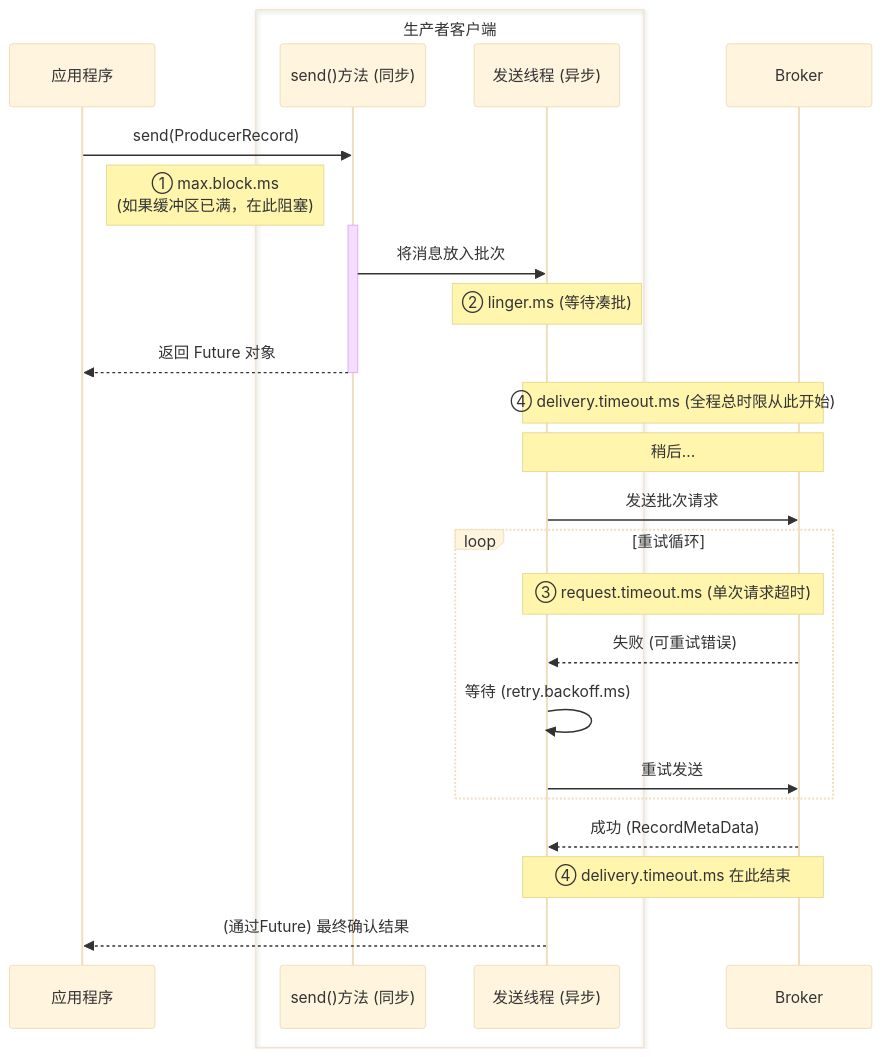
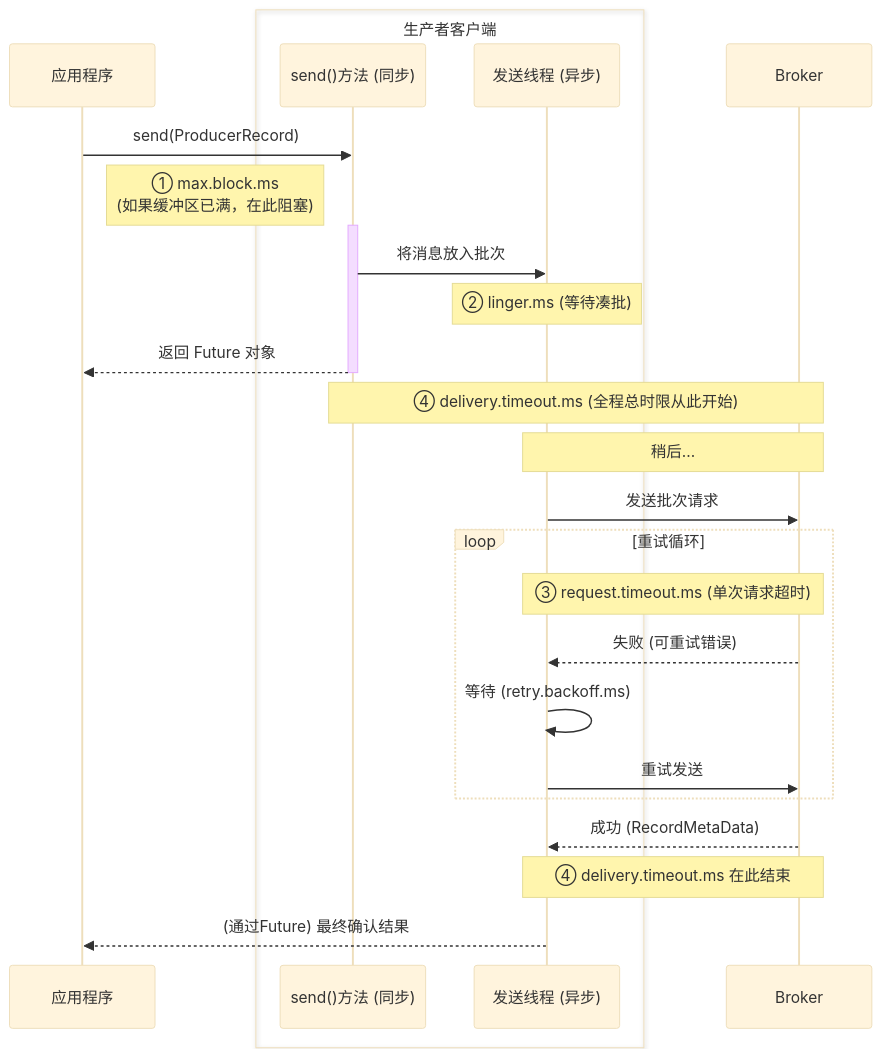
Before and after one commit to YaronCoder/kafka-guide: the diagram in documentation/docs/3.4生产者配置/超时参数配置/Kafka生产者超时配置全解析：一次搞懂五个关键参数.md, drawn with Mermaid (base theme).

````diff
--- a/documentation/docs/3.4生产者配置/超时参数配置/Kafka生产者超时配置全解析：一次搞懂五个关键参数.md
+++ b/documentation/docs/3.4生产者配置/超时参数配置/Kafka生产者超时配置全解析：一次搞懂五个关键参数.md
@@ -20,36 +20,36 @@
 ```mermaid
 sequenceDiagram
     participant App as 应用程序
     box 生产者客户端
         participant Send as send()方法 (同步)
         participant Sender as 发送线程 (异步)
     end
     participant Broker
 
     App->>Send: send(ProducerRecord)
     note right of App: ① max.block.ms <br/> (如果缓冲区已满，在此阻塞)
 
     activate Send
     Send->>Sender: 将消息放入批次
     note over Sender: ② linger.ms (等待凑批)
     Send-->>App: 返回 Future 对象
     deactivate Send
 
-    note over Sender, Broker: ④ delivery.timeout.ms (全程总时限从此开始)
+    note over Send, Broker: ④ delivery.timeout.ms (全程总时限从此开始)
 
     Note over Sender,Broker: 稍后...
 
 Sender->>Broker: 发送批次请求
 
 loop 重试循环
 note over Sender, Broker: ③ request.timeout.ms (单次请求超时)
 Broker-->>Sender: 失败 (可重试错误)
 Sender->>Sender: 等待 (retry.backoff.ms)
 Sender->>Broker: 重试发送
 end
 
 Broker-->>Sender: 成功 (RecordMetaData)
 note over Sender, Broker: ④ delivery.timeout.ms 在此结束
 
 Sender-->>App: (通过Future) 最终确认结果
 ```
````
